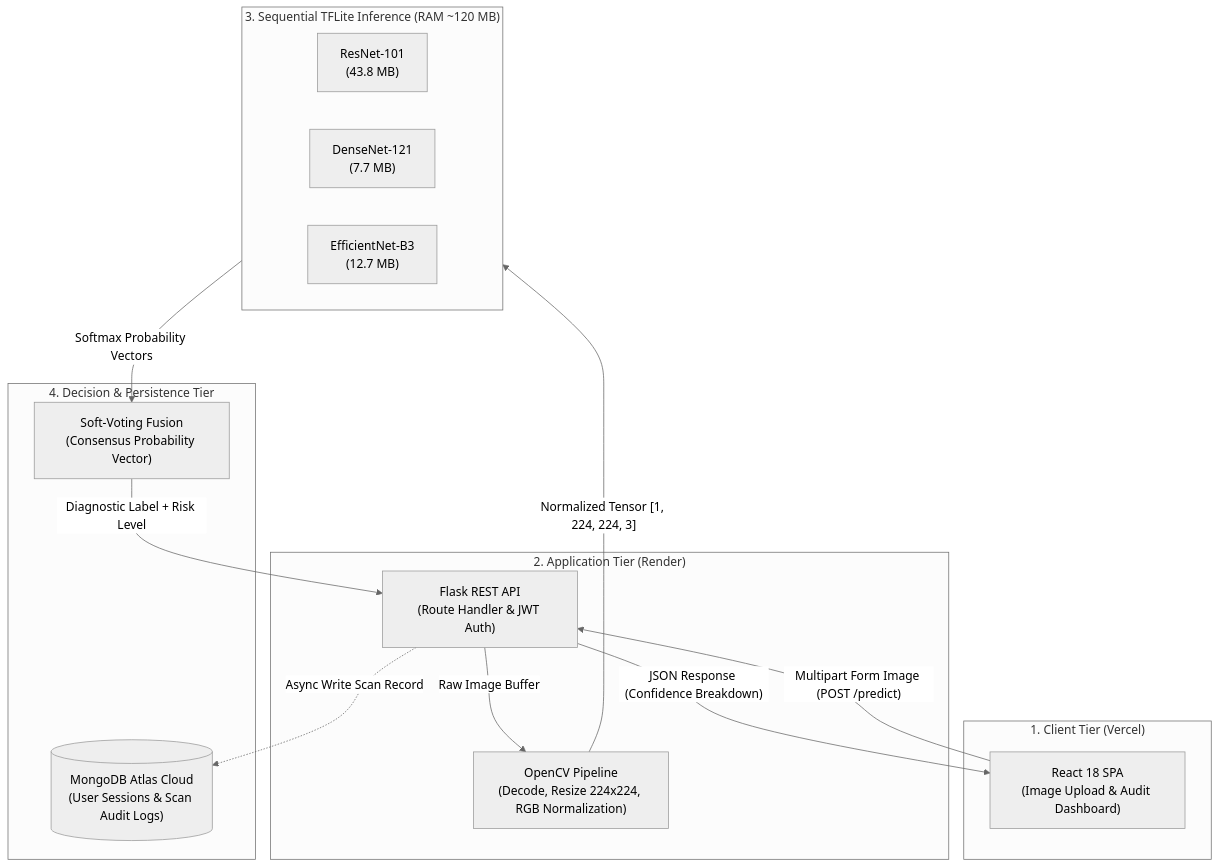
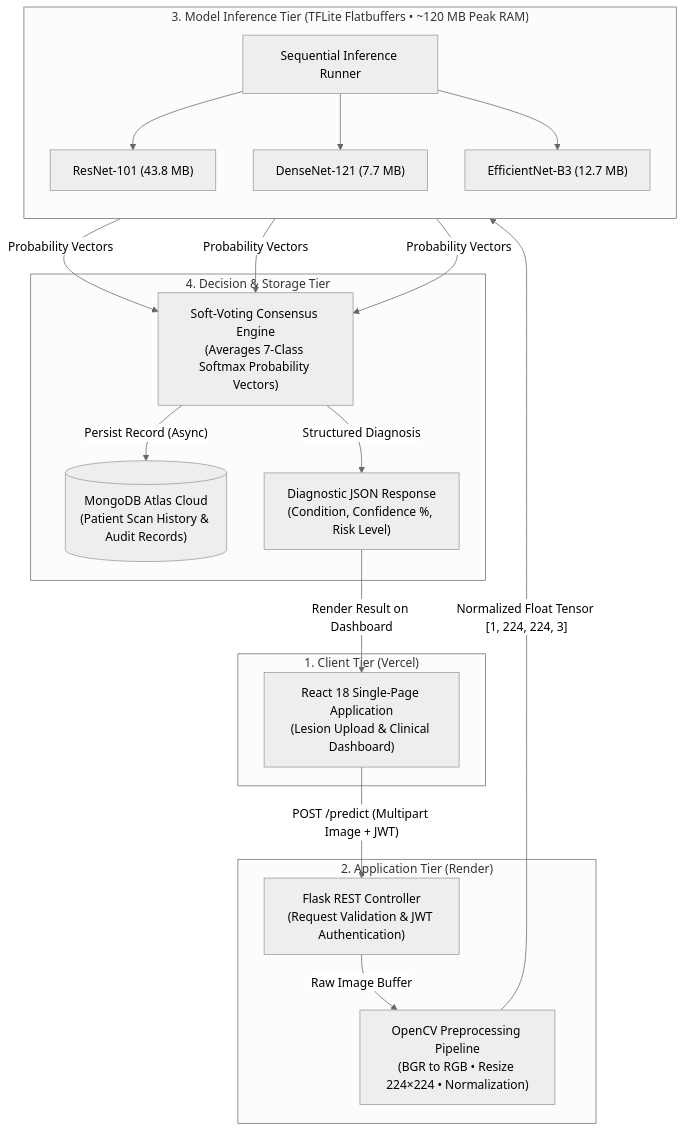
Before and after one commit to Purvesh-PJ/skin_disease_detection: the diagram in README.md, drawn with Mermaid (neutral theme).

Commit message:
docs: clean up architecture flow diagram in README to linear single-direction layout

````diff
--- a/README.md
+++ b/README.md
@@ -86,31 +86,36 @@
 ```mermaid
 flowchart TD
     subgraph Client["1. Client Tier (Vercel)"]
-        UI["React 18 SPA<br/>(Image Upload & Audit Dashboard)"]
+        UI["React 18 Single-Page Application<br/>(Lesion Upload & Clinical Dashboard)"]
     end
 
     subgraph Backend["2. Application Tier (Render)"]
-        API["Flask REST API<br/>(Route Handler & JWT Auth)"]
-        CV["OpenCV Pipeline<br/>(Decode, Resize 224x224, RGB Normalization)"]
+        API["Flask REST Controller<br/>(Request Validation & JWT Authentication)"]
+        CV["OpenCV Preprocessing Pipeline<br/>(BGR to RGB • Resize 224×224 • Normalization)"]
     end
 
-    subgraph Inference["3. Sequential TFLite Inference (RAM ~120 MB)"]
-        direction LR
-        M1["ResNet-101<br/>(43.8 MB)"]
-        M2["DenseNet-121<br/>(7.7 MB)"]
-        M3["EfficientNet-B3<br/>(12.7 MB)"]
+    subgraph Models["3. Model Inference Tier (TFLite Flatbuffers • ~120 MB Peak RAM)"]
+        direction TB
+        RUNNER["Sequential Inference Runner"]
+        M1["ResNet-101 (43.8 MB)"]
+        M2["DenseNet-121 (7.7 MB)"]
+        M3["EfficientNet-B3 (12.7 MB)"]
     end
 
-    subgraph Consensus["4. Decision & Persistence Tier"]
-        FUSION["Soft-Voting Fusion<br/>(Consensus Probability Vector)"]
-        DB[("MongoDB Atlas Cloud<br/>(User Sessions & Scan Audit Logs)")]
+    subgraph Consensus["4. Decision & Storage Tier"]
+        FUSION["Soft-Voting Consensus Engine<br/>(Averages 7-Class Softmax Probability Vectors)"]
+        DB[("MongoDB Atlas Cloud<br/>(Patient Scan History & Audit Records)")]
+        RES["Diagnostic JSON Response<br/>(Condition, Confidence %, Risk Level)"]
     end
 
-    UI -->|"Multipart Form Image (POST /predict)"| API
+    UI -->|"POST /predict (Multipart Image + JWT)"| API
     API -->|"Raw Image Buffer"| CV
-    CV -->|"Normalized Tensor [1, 224, 224, 3]"| Inference
-    Inference -->|"Softmax Probability Vectors"| FUSION
-    FUSION -->|"Diagnostic Label + Risk Level"| API
-    API -.->|"Async Write Scan Record"| DB
-    API -->|"JSON Response (Confidence Breakdown)"| UI
+    CV -->|"Normalized Float Tensor [1, 224, 224, 3]"| RUNNER
+    RUNNER --> M1
+    RUNNER --> M2
+    RUNNER --> M3
+    M1 & M2 & M3 -->|"Probability Vectors"| FUSION
+    FUSION -->|"Persist Record (Async)"| DB
+    FUSION -->|"Structured Diagnosis"| RES
+    RES -->|"Render Result on Dashboard"| UI
 ```
````
